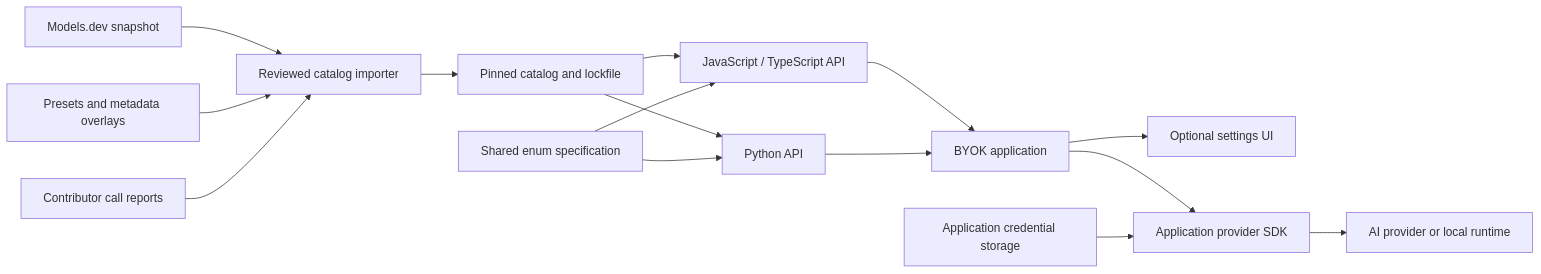
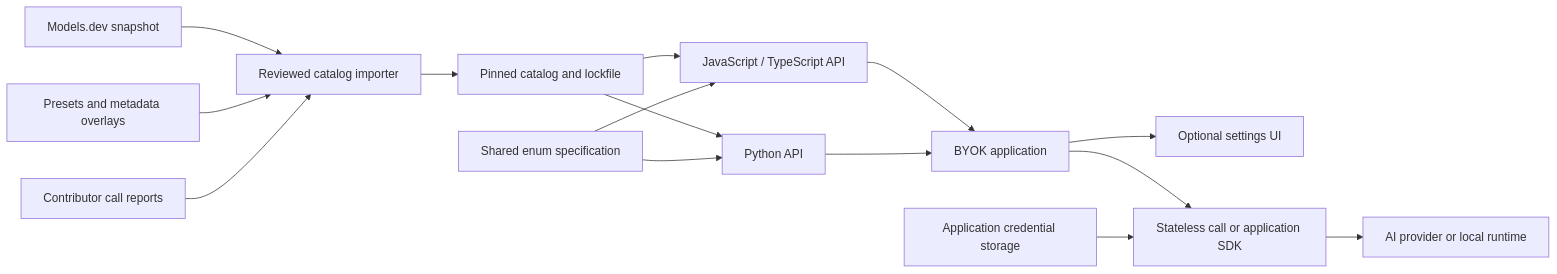
Before and after one commit to staff-000/byokit: the first of 9 diagrams in docs/design.md, drawn with Mermaid. The commit also changed other lines of this file and 43 other files, not shown here.

````diff
--- a/docs/design.md
+++ b/docs/design.md
@@ -9,17 +9,17 @@
 ```mermaid
 flowchart LR
   MD[Models.dev snapshot] --> Import[Reviewed catalog importer]
   Overlay[Presets and metadata overlays] --> Import
   Reports[Contributor call reports] --> Import
   Import --> Catalog[Pinned catalog and lockfile]
   Catalog --> JS[JavaScript / TypeScript API]
   Catalog --> PY[Python API]
   Enums[Shared enum specification] --> JS
   Enums --> PY
   JS --> App[BYOK application]
   PY --> App
   App --> UI[Optional settings UI]
-  App --> SDK[Application provider SDK]
+  App --> SDK[Stateless call or application SDK]
   Store[Application credential storage] --> SDK
   SDK --> Provider[AI provider or local runtime]
 ```
````
